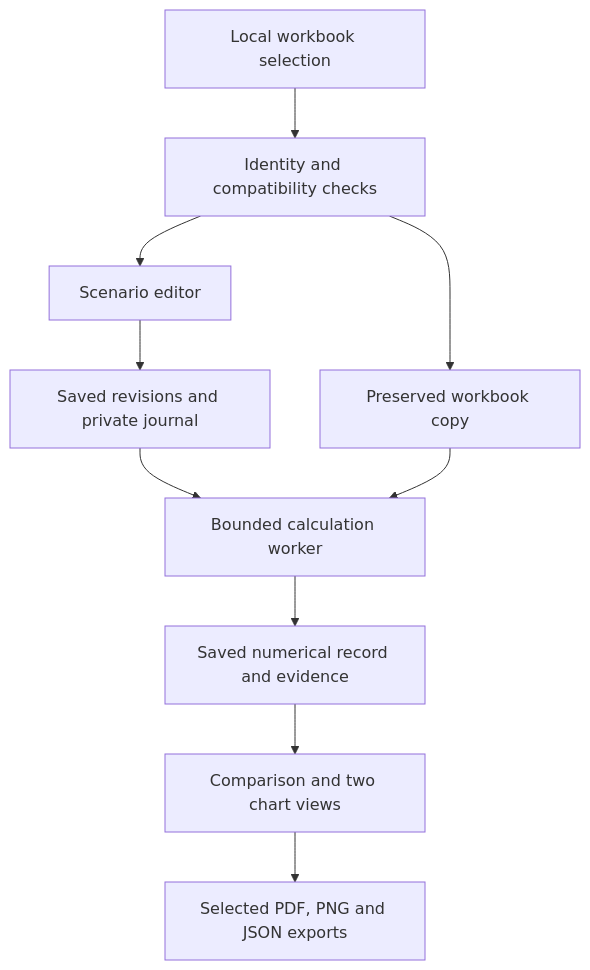
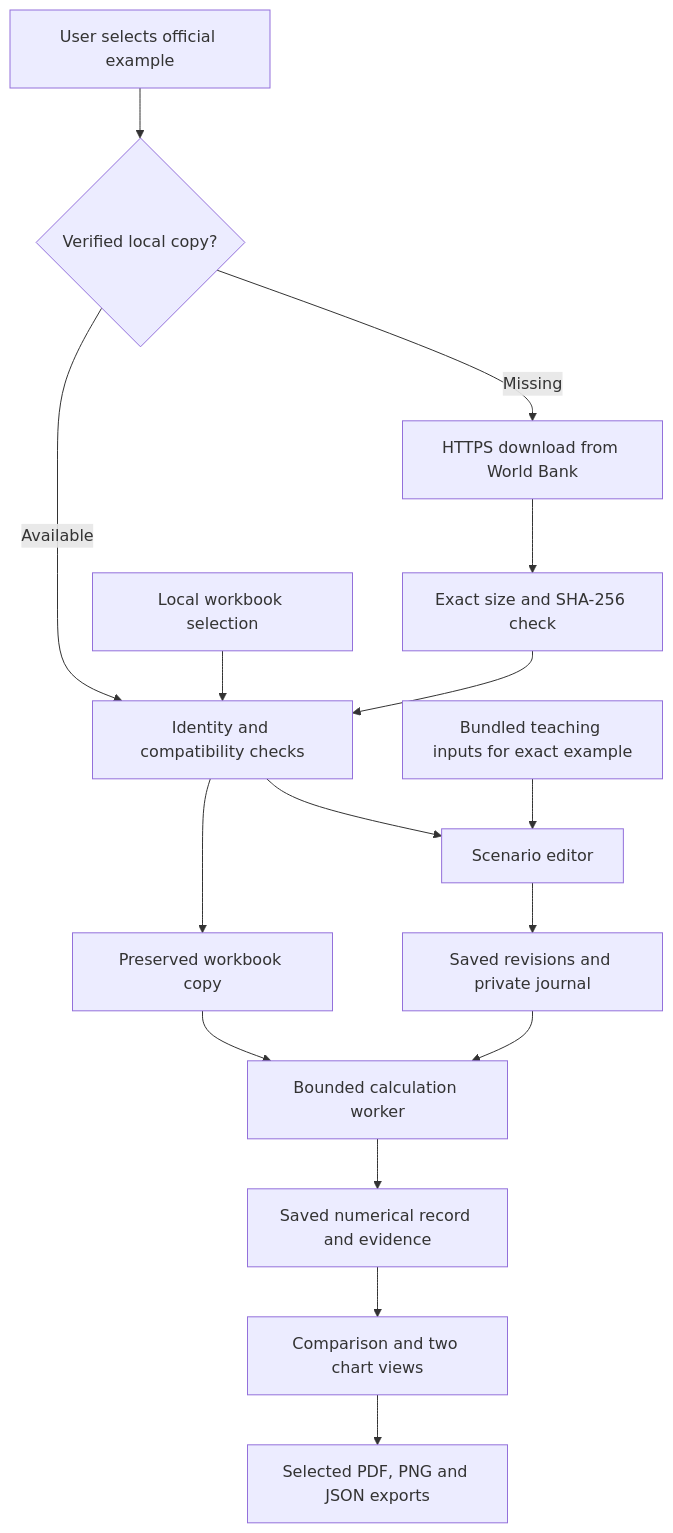
Before and after one commit to Teal-Insights/lic-dsf-scenario-tool: the diagram in docs/architecture.md, drawn with Mermaid. The commit also changed other lines of this file and 38 other files, not shown here.

````diff
--- a/docs/architecture.md
+++ b/docs/architecture.md
@@ -5,12 +5,18 @@
 ```mermaid
 flowchart TD
-    U[Local workbook selection] --> I[Identity and compatibility checks]
+    D[User selects official example] --> K{Verified local copy?}
+    K -->|Available| I[Identity and compatibility checks]
+    K -->|Missing| P[HTTPS download from World Bank]
+    P --> H[Exact size and SHA-256 check]
+    H --> I
+    U[Local workbook selection] --> I
     I --> W[Preserved workbook copy]
     I --> E[Scenario editor]
+    T[Bundled teaching inputs for exact example] --> E
     E --> S[Saved revisions and private journal]
     S --> C[Bounded calculation worker]
     W --> C
     C --> R[Saved numerical record and evidence]
     R --> V[Comparison and two chart views]
     V --> X[Selected PDF, PNG and JSON exports]
 ```
````
